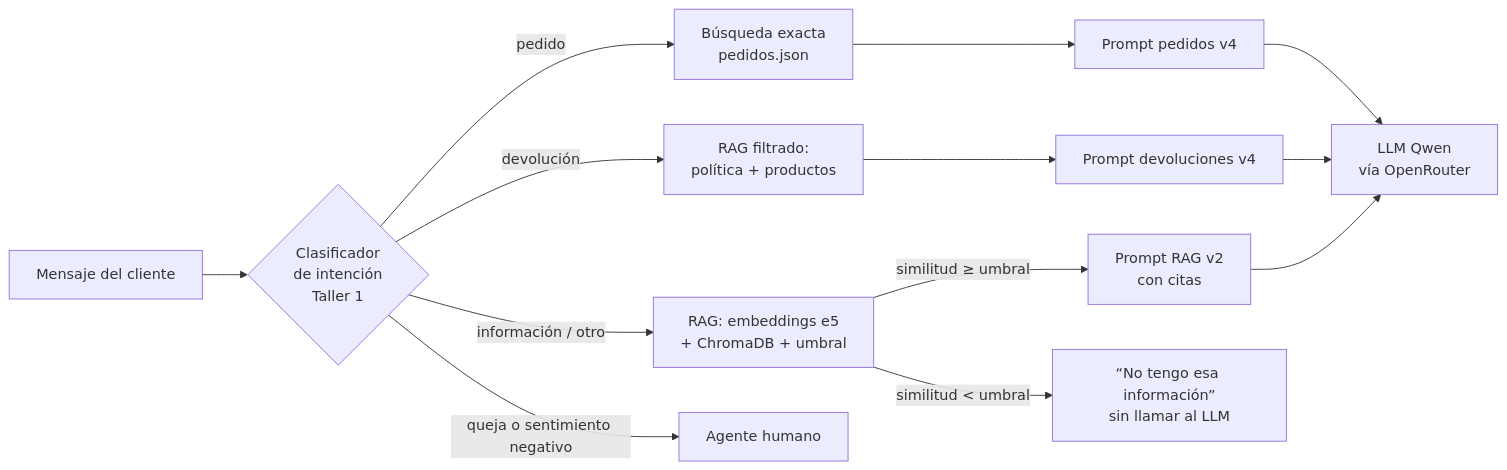
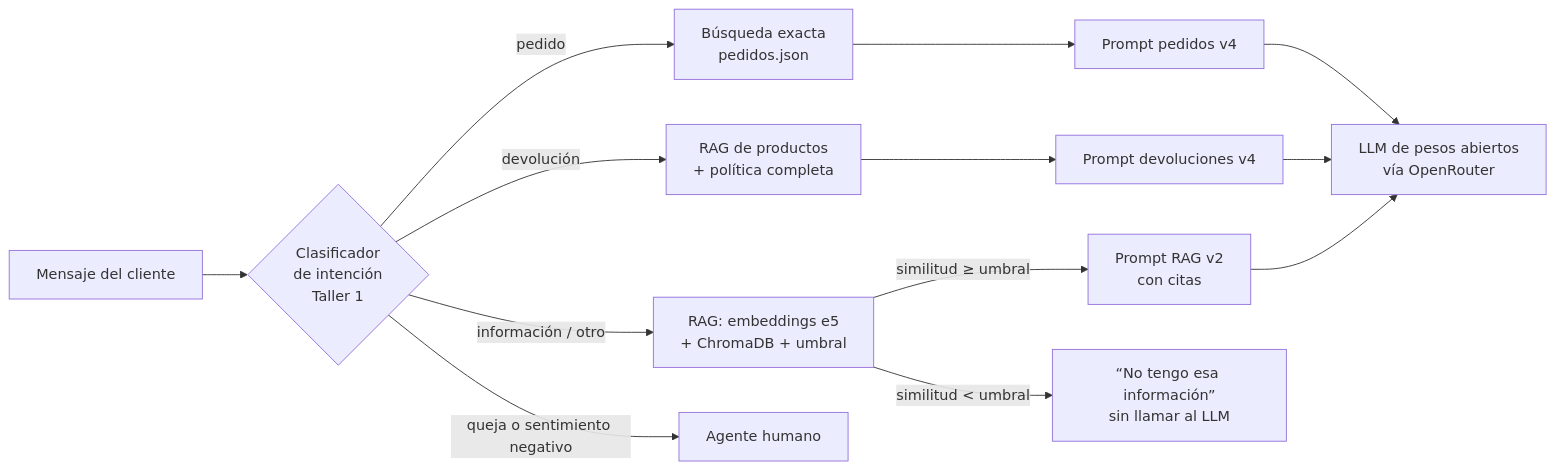
Before and after one commit to peteralbeiro09-hub/Taller-practico-2: the diagram in README.md, drawn with Mermaid. The commit also changed other lines of this file and 14 other files, not shown here.

First line of the commit message:
Resultados de la evaluación RAG, ajustes de chunking y recuperación híbrida en devoluciones

````diff
--- a/README.md
+++ b/README.md
@@ -24,13 +38,13 @@
 ```mermaid
 flowchart LR
     M[Mensaje del cliente] --> CLA{Clasificador<br/>de intención<br/>Taller 1}
     CLA -->|pedido| BD[Búsqueda exacta<br/>pedidos.json] --> P4[Prompt pedidos v4]
-    CLA -->|devolución| RD[RAG filtrado:<br/>política + productos] --> D4[Prompt devoluciones v4]
+    CLA -->|devolución| RD[RAG de productos<br/>+ política completa] --> D4[Prompt devoluciones v4]
     CLA -->|información / otro| RAG[RAG: embeddings e5<br/>+ ChromaDB + umbral]
     RAG -->|similitud ≥ umbral| V2[Prompt RAG v2<br/>con citas]
     RAG -->|similitud < umbral| NS[“No tengo esa información”<br/>sin llamar al LLM]
     CLA -->|queja o sentimiento negativo| HUM[Agente humano]
-    P4 --> LLM[LLM Qwen<br/>vía OpenRouter]
+    P4 --> LLM[LLM de pesos abiertos<br/>vía OpenRouter]
     D4 --> LLM
     V2 --> LLM
 ```
````
